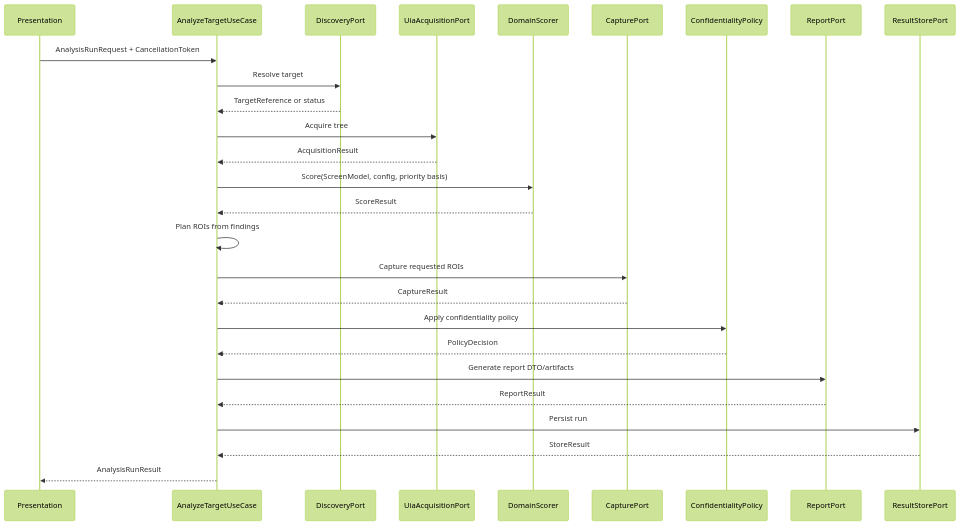
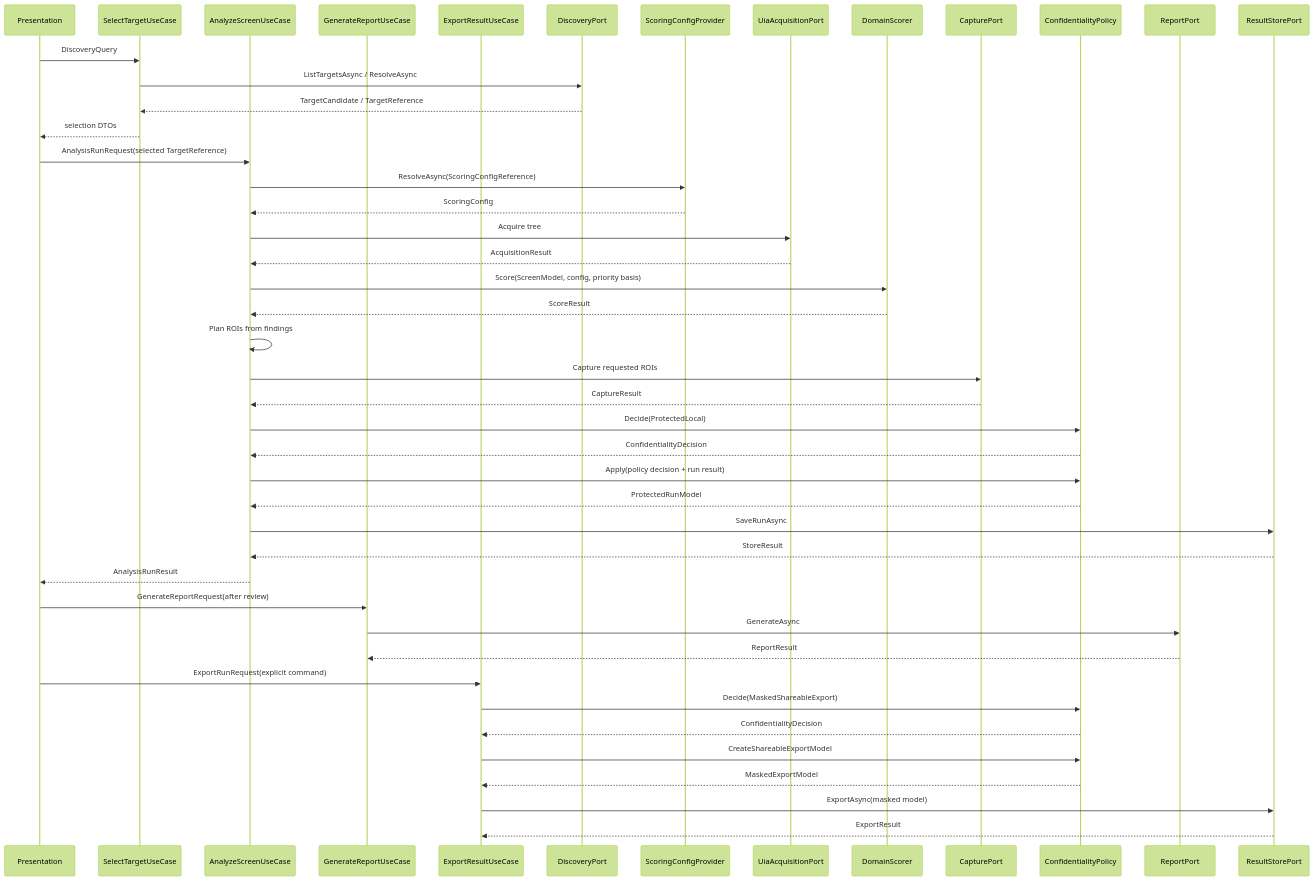
One commit to urario/Surveyor changed the second of 2 diagrams in knowledge/design/des-0011-port-dtos-status-model-and-use-case-orchestration.md. Above: the diagram before and after it, drawn with Mermaid (forest theme). The commit also changed other lines of this file and 3 other files, not shown here.

First line of the commit message:
docs: address detailed design review findings

````diff
--- a/knowledge/design/des-0011-port-dtos-status-model-and-use-case-orchestration.md
+++ b/knowledge/design/des-0011-port-dtos-status-model-and-use-case-orchestration.md
@@ -476,30 +591,48 @@
 ```mermaid
 sequenceDiagram
   participant UI as Presentation
-  participant UC as AnalyzeTargetUseCase
+  participant ST as SelectTargetUseCase
+  participant AS as AnalyzeScreenUseCase
+  participant GR as GenerateReportUseCase
+  participant EX as ExportResultUseCase
   participant D as DiscoveryPort
+  participant CFG as ScoringConfigProvider
   participant A as UiaAcquisitionPort
   participant S as DomainScorer
   participant C as CapturePort
   participant P as ConfidentialityPolicy
   participant R as ReportPort
   participant Store as ResultStorePort
 
-  UI->>UC: AnalysisRunRequest + CancellationToken
-  UC->>D: Resolve target
-  D-->>UC: TargetReference or status
-  UC->>A: Acquire tree
-  A-->>UC: AcquisitionResult
-  UC->>S: Score(ScreenModel, config, priority basis)
-  S-->>UC: ScoreResult
-  UC->>UC: Plan ROIs from findings
-  UC->>C: Capture requested ROIs
-  C-->>UC: CaptureResult
-  UC->>P: Apply confidentiality policy
-  P-->>UC: PolicyDecision
-  UC->>R: Generate report DTO/artifacts
-  R-->>UC: ReportResult
-  UC->>Store: Persist run
-  Store-->>UC: StoreResult
-  UC-->>UI: AnalysisRunResult
+  UI->>ST: DiscoveryQuery
+  ST->>D: ListTargetsAsync / ResolveAsync
+  D-->>ST: TargetCandidate / TargetReference
+  ST-->>UI: selection DTOs
+  UI->>AS: AnalysisRunRequest(selected TargetReference)
+  AS->>CFG: ResolveAsync(ScoringConfigReference)
+  CFG-->>AS: ScoringConfig
+  AS->>A: Acquire tree
+  A-->>AS: AcquisitionResult
+  AS->>S: Score(ScreenModel, config, priority basis)
+  S-->>AS: ScoreResult
+  AS->>AS: Plan ROIs from findings
+  AS->>C: Capture requested ROIs
+  C-->>AS: CaptureResult
+  AS->>P: Decide(ProtectedLocal)
+  P-->>AS: ConfidentialityDecision
+  AS->>P: Apply(policy decision + run result)
+  P-->>AS: ProtectedRunModel
+  AS->>Store: SaveRunAsync
+  Store-->>AS: StoreResult
+  AS-->>UI: AnalysisRunResult
+  UI->>GR: GenerateReportRequest(after review)
+  GR->>R: GenerateAsync
+  R-->>GR: ReportResult
+  UI->>EX: ExportRunRequest(explicit command)
+  EX->>P: Decide(MaskedShareableExport)
+  P-->>EX: ConfidentialityDecision
+  EX->>P: CreateShareableExportModel
+  P-->>EX: MaskedExportModel
+  EX->>Store: ExportAsync(masked model)
+  Store-->>EX: ExportResult
 ```
````
